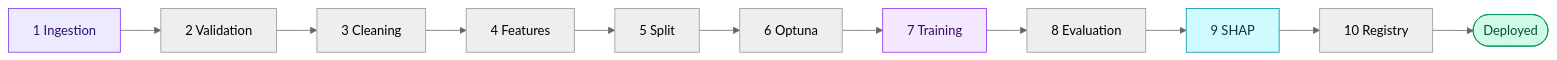
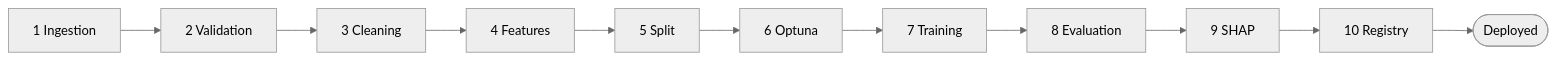
The third of 3 diagrams in README.md (swadhinbiswas/AstroSynth), drawn with Mermaid (neutral theme) before and after one commit. The commit also changed other lines of this file and 1 other file, not shown here.

Commit message:
docs: let GitHub theme-engine style mermaid diagrams for correct contrast in both themes

````diff
--- a/README.md
+++ b/README.md
@@ -210,11 +204,6 @@
 ```mermaid
 graph LR
     A[1 Ingestion] --> B[2 Validation] --> C[3 Cleaning] --> D[4 Features]
     D --> E[5 Split] --> F[6 Optuna] --> G[7 Training]
     G --> H[8 Evaluation] --> I[9 SHAP] --> J[10 Registry] --> K([Deployed])
-
-    style A fill:#ede9fe,stroke:#7c3aed,color:#2e1065
-    style G fill:#f3e8ff,stroke:#9333ea,color:#3b0764
-    style I fill:#cffafe,stroke:#0891b2,color:#083344
-    style K fill:#d1fae5,stroke:#059669,color:#064e3b
 ```
````
